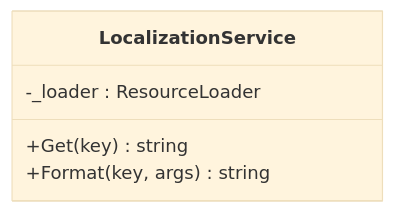
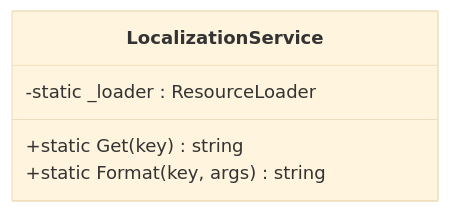
One commit to AgenticDesktop/App changed the third of 4 diagrams in .qoder/repowiki/zh/content/服务层设计/国际化服务.md. Above: the diagram before and after it, drawn with Mermaid (base theme). The commit also changed other lines of this file and 108 other files, not shown here.

````diff
--- a/.qoder/repowiki/zh/content/服务层设计/国际化服务.md
+++ b/.qoder/repowiki/zh/content/服务层设计/国际化服务.md
@@ -137,8 +151,8 @@
 ```mermaid
 classDiagram
 class LocalizationService {
-+Get(key) string
-+Format(key, args) string
--_loader : ResourceLoader
++static Get(key) string
++static Format(key, args) string
+-static _loader : ResourceLoader
 }
 ```
````
